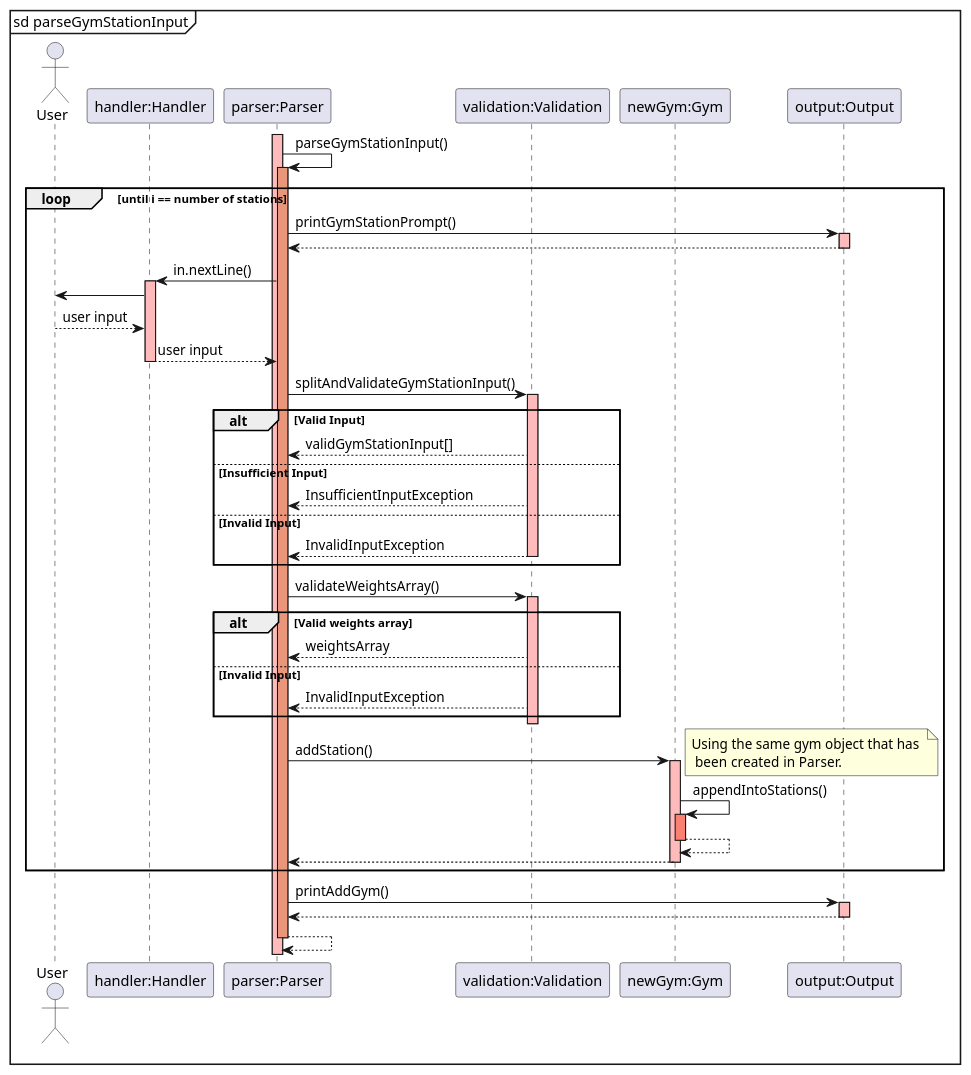
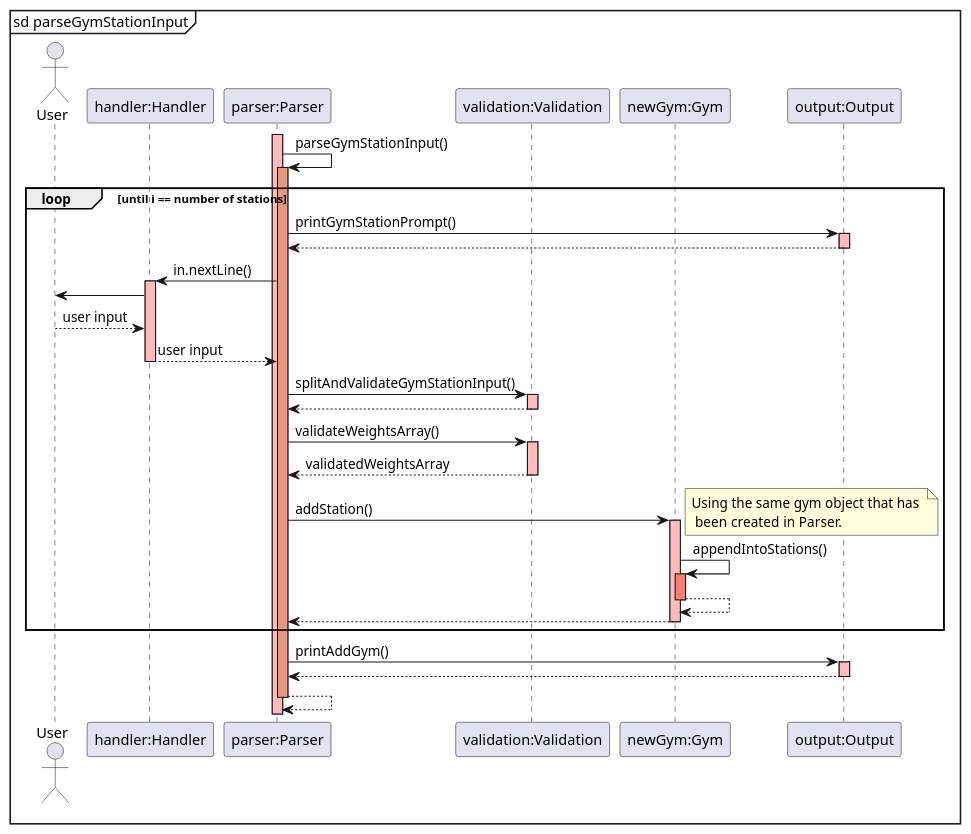
One commit to rouvinerh/tp changed the diagram in docs/puml/sequence_diagrams/gym_station_sequence.puml. Above: the diagram before and after it, drawn with PlantUML. The commit also changed 7 other files, not shown here.

```diff
--- a/docs/puml/sequence_diagrams/gym_station_sequence.puml
+++ b/docs/puml/sequence_diagrams/gym_station_sequence.puml
@@ -1,61 +1,50 @@
 @startuml
 mainframe sd parseGymStationInput
 actor User
 participant "handler:Handler" as Handler
 participant "parser:Parser" as Parser
 participant "validation:Validation" as Validation
 participant "newGym:Gym" as Gym
 participant "output:Output" as Output
 
 activate Parser  #FFBBBB
 Parser -> Parser : parseGymStationInput()
     activate Parser #DarkSalmon
         loop until i == number of stations
             Parser -> Output : printGymStationPrompt()
             activate Output #FFBBBB
             Output --> Parser : 
             deactivate Output #DarkSalmon
 
             Parser -> Handler: in.nextLine()
             activate Handler #FFBBBB
             Handler -> User:
             User --> Handler: user input
             Handler --> Parser: user input
             deactivate Handler #FFBBBB
             Parser -> Validation: splitAndValidateGymStationInput()
             activate Validation #FFBBBB
-            alt Valid Input
-                Validation --> Parser: validGymStationInput[]
-            else Insufficient Input
-                Validation --> Parser: InsufficientInputException
-            else Invalid Input
-                Validation --> Parser: InvalidInputException
-                deactivate Validation
-            end
+            Validation --> Parser:
 
             deactivate Validation #FFBBBB
             Parser -> Validation: validateWeightsArray()
             activate Validation #FFBBBB
-            alt Valid weights array
-                Validation --> Parser: weightsArray
-            else Invalid Input
-                Validation --> Parser: InvalidInputException
-            end
+            Validation --> Parser: validatedWeightsArray
             deactivate Validation #FFBBBB
             Parser -> Gym: addStation() 
             note right : Using the same gym object that has \n been created in Parser.
             activate Gym #FFBBBB
             Gym -> Gym : appendIntoStations()
             activate Gym #Salmon
             Gym --> Gym : 
             deactivate Gym #Salmon
             Gym --> Parser:
             deactivate Gym #FFBBBB
         end
     Parser -> Output: printAddGym()
     activate Output #FFBBBB
     Output --> Parser:
     deactivate Output
     Parser --> Parser :
 deactivate Parser #DarkSalmon
 @enduml
```
